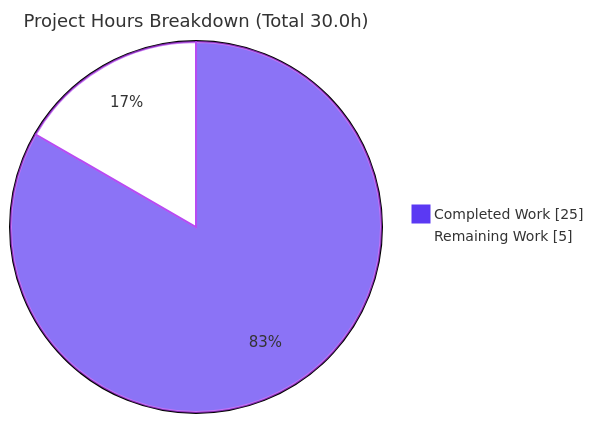
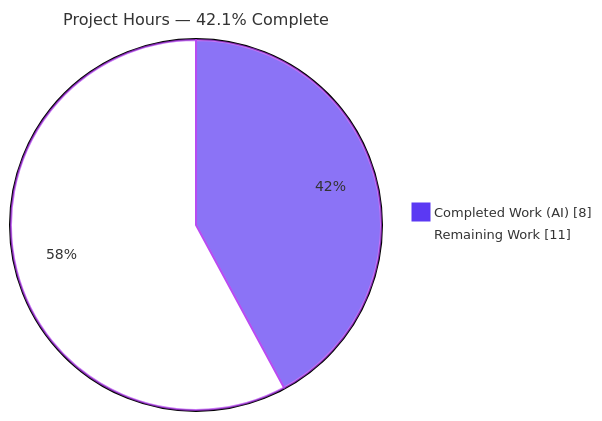
The second of 3 diagrams in blitzy/documentation/Project Guide.md (ajitblitzy/Society_mngt_300K_Nested), drawn with Mermaid before and after one commit. The commit also changed other lines of this file, not shown here.

Commit message:
Adding Blitzy Project Guide: Project Status and Human Tasks Remaining

````diff
--- a/blitzy/documentation/Project Guide.md
+++ b/blitzy/documentation/Project Guide.md
@@ -188,7 +173,7 @@
 ```mermaid
-%%{init: {'theme':'base', 'themeVariables': {'pie1':'#5B39F3','pie2':'#FFFFFF','pieStrokeColor':'#B23AF2','pieStrokeWidth':'2px','pieOuterStrokeWidth':'2px','pieTitleTextSize':'18px','pieSectionTextSize':'15px','pieLegendTextSize':'14px'}}}%%
+%%{init: {'theme':'base', 'themeVariables': {'pie1':'#5B39F3','pie2':'#FFFFFF','pieStrokeColor':'#B23AF2','pieStrokeWidth':'2px','pieOuterStrokeWidth':'2px','pieTitleTextSize':'16px','pieSectionTextSize':'14px','pieLegendTextSize':'13px'}}}%%
 pie showData
-title Project Hours Breakdown (Total 30.0h)
-    "Completed Work" : 25
-    "Remaining Work" : 5
+title Project Hours — 42.1% Complete
+    "Completed Work (AI)" : 8
+    "Remaining Work" : 11
 ```
````
